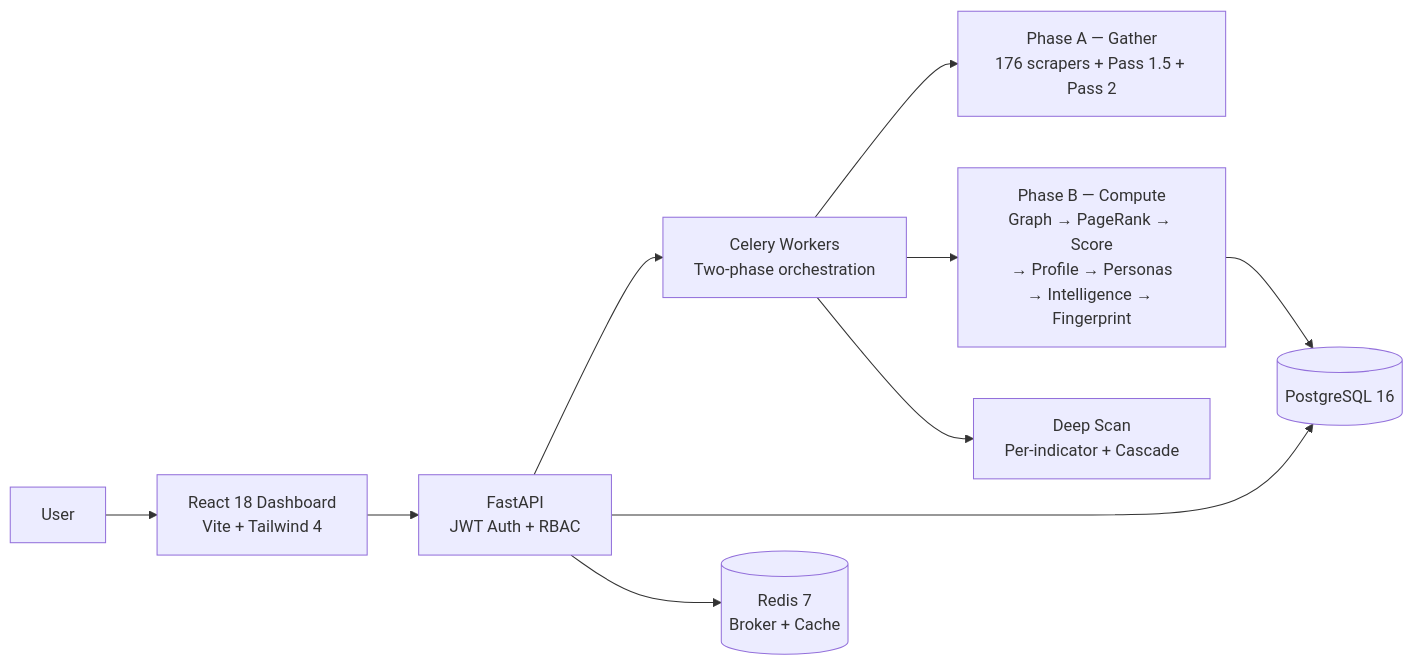
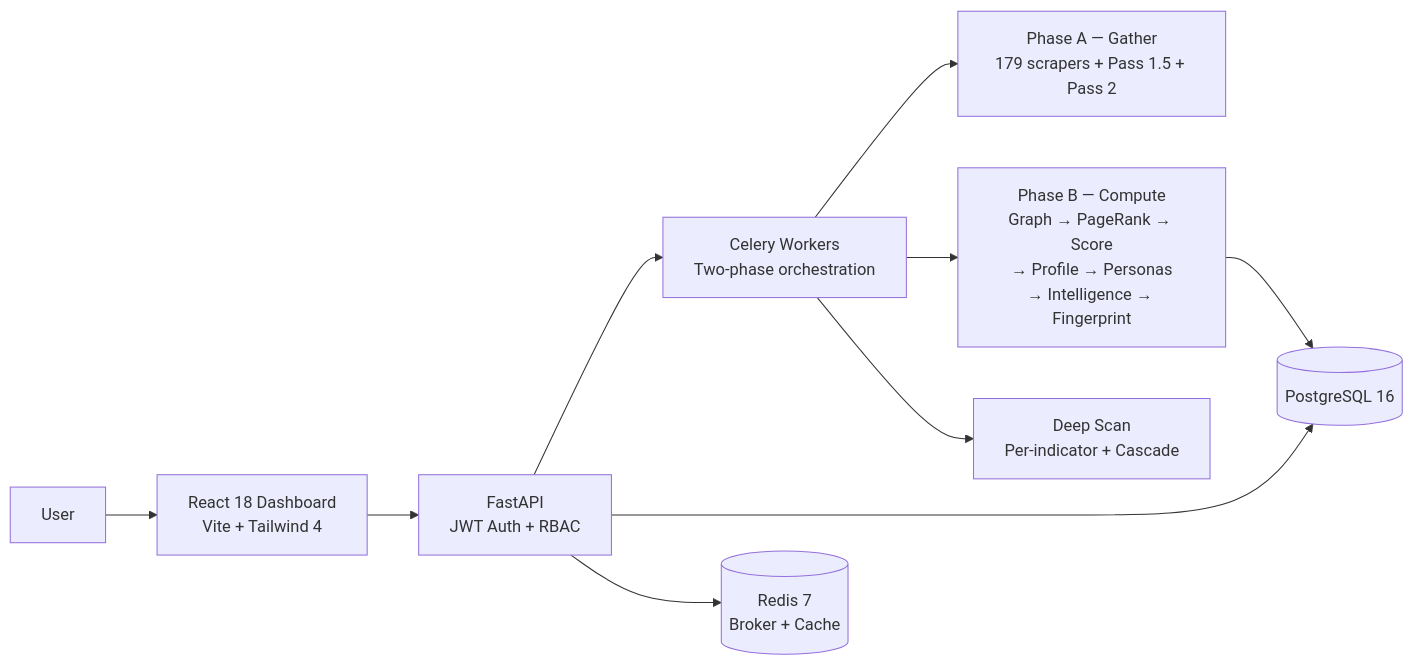
The diagram in README.md (nabz0r/xposeTIP), drawn with Mermaid before and after one commit. The commit also changed other lines of this file and 4 other files, not shown here.

````diff
--- a/README.md
+++ b/README.md
@@ -118,12 +118,12 @@
 ```mermaid
 graph LR
     U[User] --> R[React 18 Dashboard<br/>Vite + Tailwind 4]
     R --> A[FastAPI<br/>JWT Auth + RBAC]
     A --> C[Celery Workers<br/>Two-phase orchestration]
     A --> PG[(PostgreSQL 16)]
     A --> RD[(Redis 7<br/>Broker + Cache)]
-    C --> P1[Phase A — Gather<br/>176 scrapers + Pass 1.5 + Pass 2]
+    C --> P1[Phase A — Gather<br/>179 scrapers + Pass 1.5 + Pass 2]
     C --> P2[Phase B — Compute<br/>Graph → PageRank → Score<br/>→ Profile → Personas<br/>→ Intelligence → Fingerprint]
     P2 --> PG
     C --> DS[Deep Scan<br/>Per-indicator + Cascade]
 ```
````
